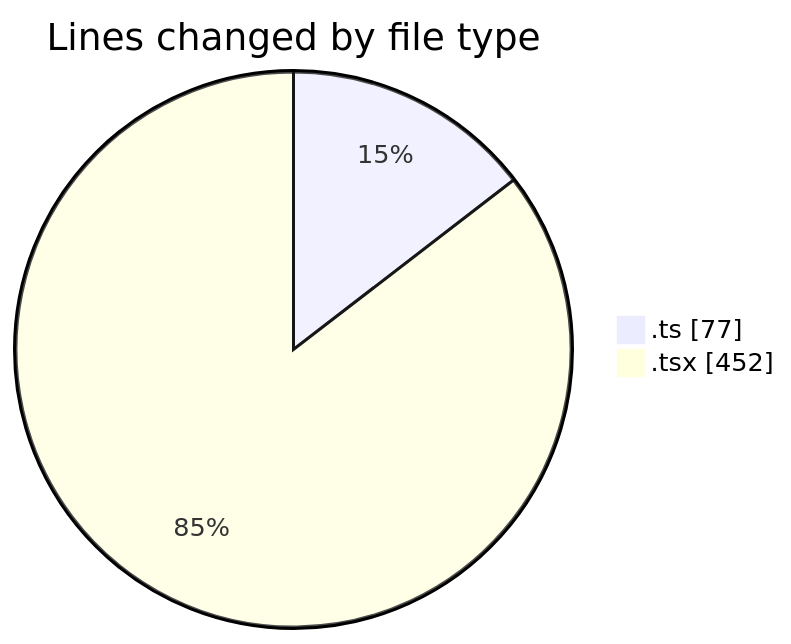
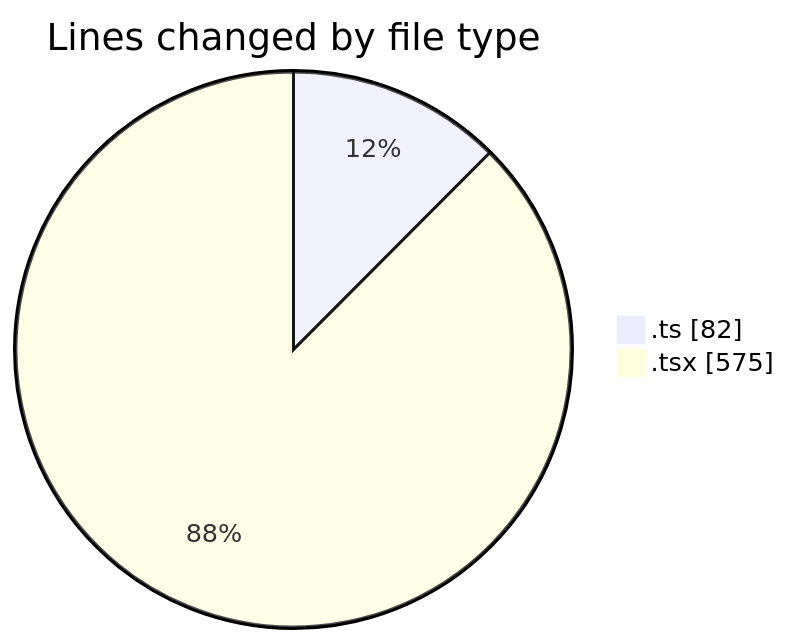
The first of 2 diagrams in 2025-01-25/termonied-web/README.md (robertbonfada/code-tracking), drawn with Mermaid before and after one commit. The commit also changed other lines of this file and 1 other file, not shown here.

````diff
--- a/2025-01-25/termonied-web/README.md
+++ b/2025-01-25/termonied-web/README.md
@@ -21,6 +22,6 @@
 ```mermaid
 pie showData
 title Lines changed by file type
-".ts" : 77
-".tsx" : 452
+".ts" : 82
+".tsx" : 575
 ```
````
